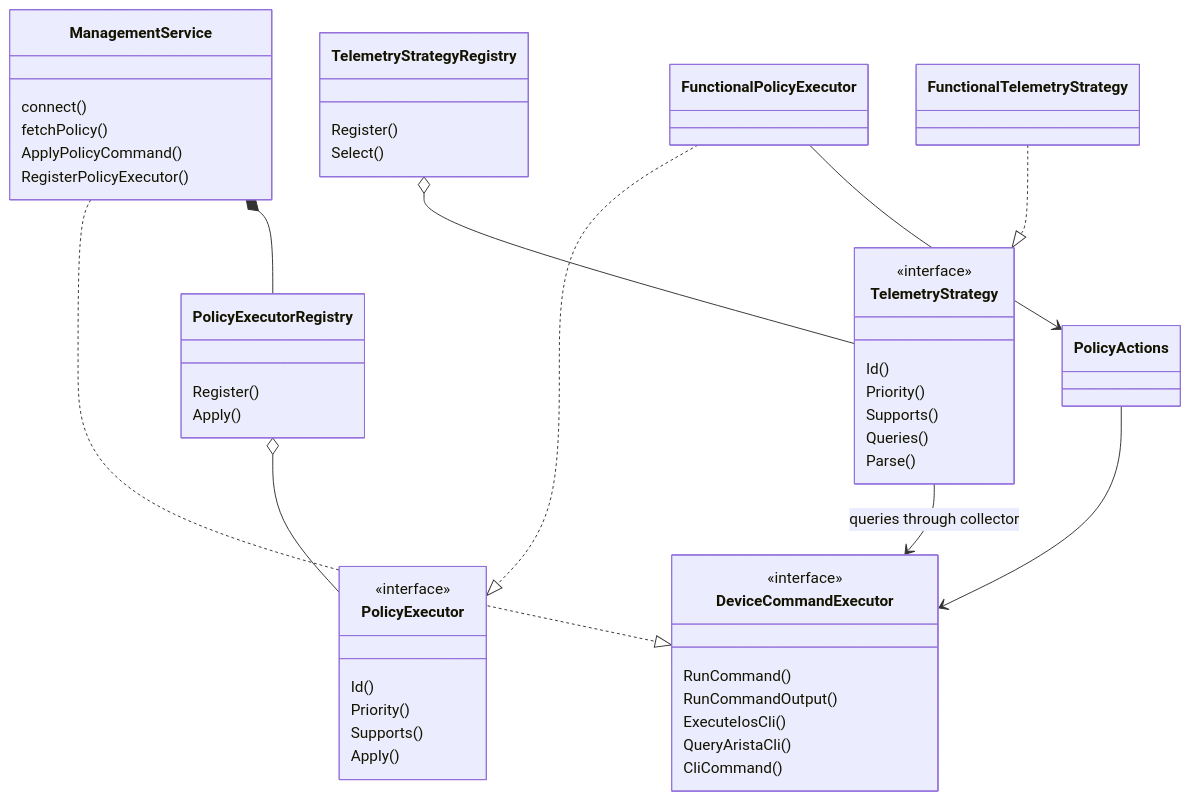
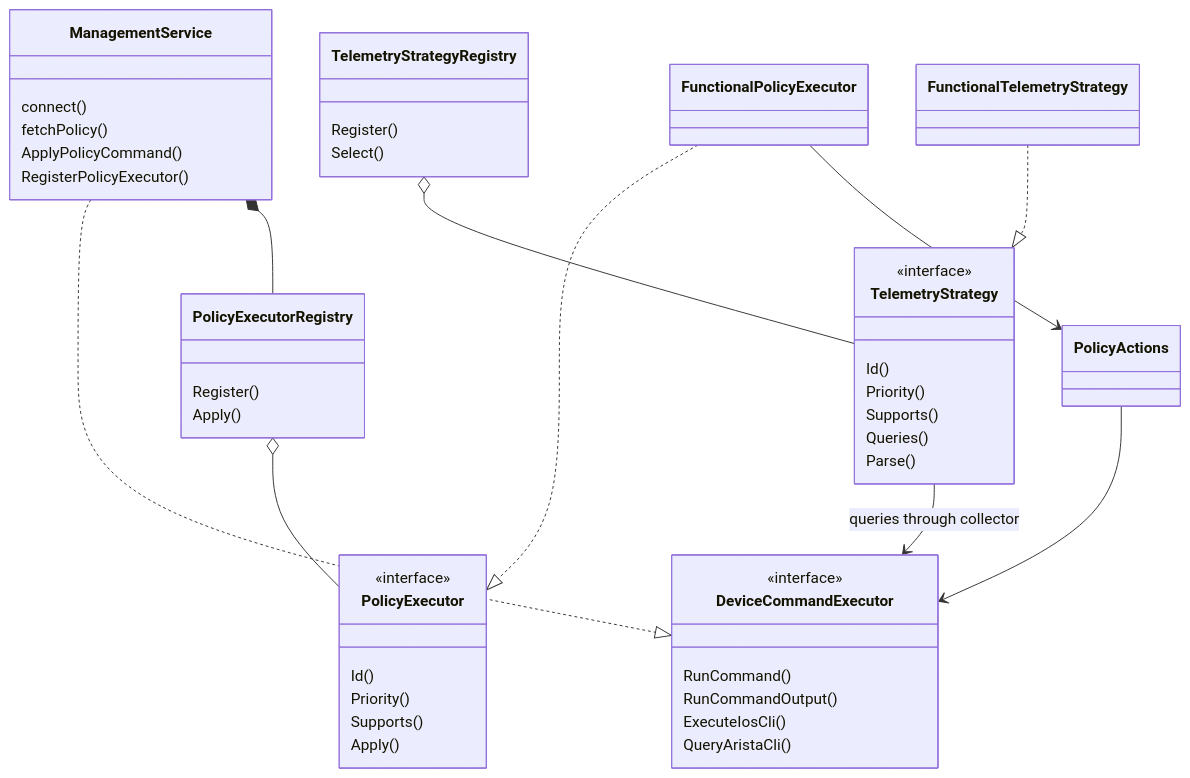
Before and after one commit to wayfarer6/SonarValidator: the first of 3 diagrams in docs/docs/architecture/device-extensions.md, drawn with Mermaid. The commit also changed other lines of this file and 1245 other files, not shown here.

````diff
--- a/docs/docs/architecture/device-extensions.md
+++ b/docs/docs/architecture/device-extensions.md
@@ -7,52 +7,51 @@
 ```mermaid
 classDiagram
     class DeviceCommandExecutor {
         <<interface>>
         RunCommand()
         RunCommandOutput()
         ExecuteIosCli()
         QueryAristaCli()
-        CliCommand()
     }
     class ManagementService {
         connect()
         fetchPolicy()
         ApplyPolicyCommand()
         RegisterPolicyExecutor()
     }
     class PolicyExecutor {
         <<interface>>
         Id()
         Priority()
         Supports()
         Apply()
     }
     class PolicyExecutorRegistry {
         Register()
         Apply()
     }
     class FunctionalPolicyExecutor
     class PolicyActions
     class TelemetryStrategy {
         <<interface>>
         Id()
         Priority()
         Supports()
         Queries()
         Parse()
     }
     class TelemetryStrategyRegistry {
         Register()
         Select()
     }
     class FunctionalTelemetryStrategy
     ManagementService ..|> DeviceCommandExecutor
     ManagementService *-- PolicyExecutorRegistry
     PolicyExecutorRegistry o-- PolicyExecutor
     FunctionalPolicyExecutor ..|> PolicyExecutor
     FunctionalPolicyExecutor --> PolicyActions
     PolicyActions --> DeviceCommandExecutor
     TelemetryStrategyRegistry o-- TelemetryStrategy
     FunctionalTelemetryStrategy ..|> TelemetryStrategy
     TelemetryStrategy --> DeviceCommandExecutor : queries through collector
 ```
````
